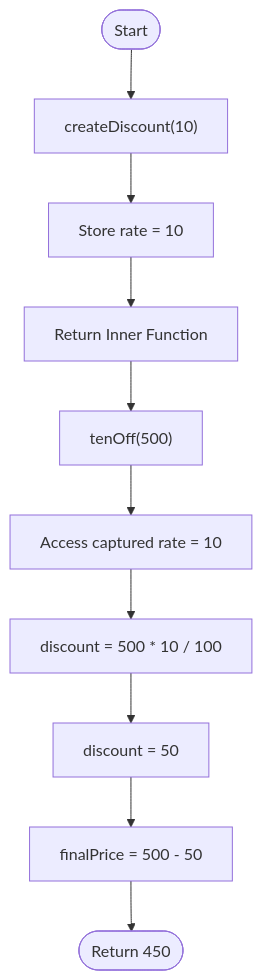
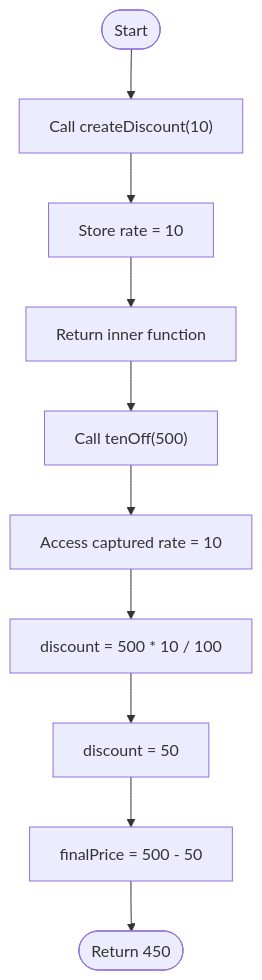
Before and after one commit to accio-hyd/JS2-test-questions: the tenth of 11 diagrams in README.md, drawn with Mermaid. The commit also changed other lines of this file, not shown here.

````diff
--- a/README.md
+++ b/README.md
@@ -1108,12 +1112,12 @@
 ```mermaid
 flowchart TD
-    A([Start]) --> B["createDiscount(10)"]
+    A([Start]) --> B["Call createDiscount(10)"]
     B --> C["Store rate = 10"]
-    C --> D[Return Inner Function]
-    D --> E["tenOff(500)"]
+    C --> D["Return inner function"]
+    D --> E["Call tenOff(500)"]
     E --> F["Access captured rate = 10"]
     F --> G["discount = 500 * 10 / 100"]
     G --> H["discount = 50"]
     H --> I["finalPrice = 500 - 50"]
     I --> J([Return 450])
 ```
````
